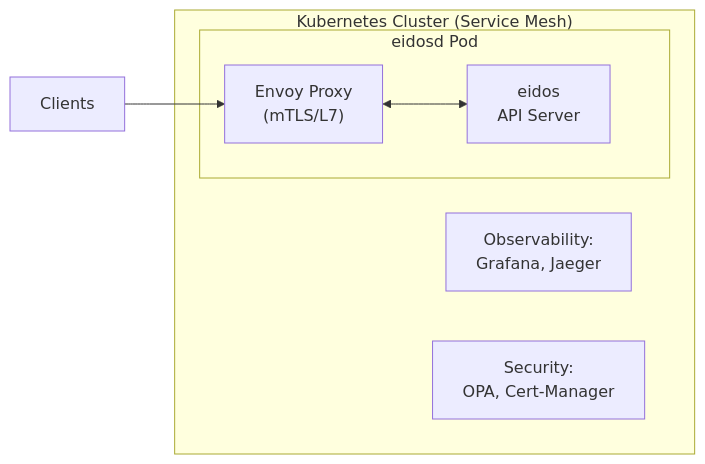
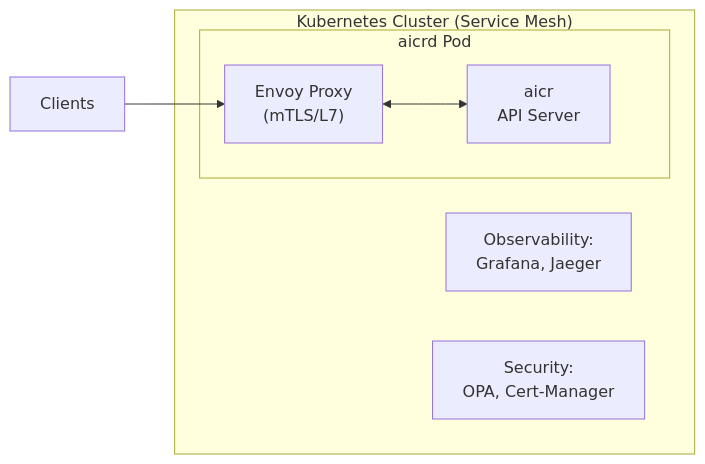
One commit to hkii/aicr changed the fourth of 15 diagrams in docs/contributor/README.md. Above: the diagram before and after it, drawn with Mermaid. The commit also changed other lines of this file and 381 other files, not shown here.

First line of the commit message:
rename: eidos → aicr (AI Cluster Runtime)

````diff
--- a/docs/contributor/README.md
+++ b/docs/contributor/README.md
@@ -325,13 +325,13 @@
 ```mermaid
 flowchart LR
     subgraph MESH["Kubernetes Cluster (Service Mesh)"]
-        subgraph POD["eidosd Pod"]
-            PROXY["Envoy Proxy<br/>(mTLS/L7)"] <--> API["eidos<br/>API Server"]
+        subgraph POD["aicrd Pod"]
+            PROXY["Envoy Proxy<br/>(mTLS/L7)"] <--> API["aicr<br/>API Server"]
         end
         
         OBS["Observability:<br/>Grafana, Jaeger"]
         SEC["Security:<br/>OPA, Cert-Manager"]
     end
     
     CLIENT["Clients"] --> PROXY
 ```
````
